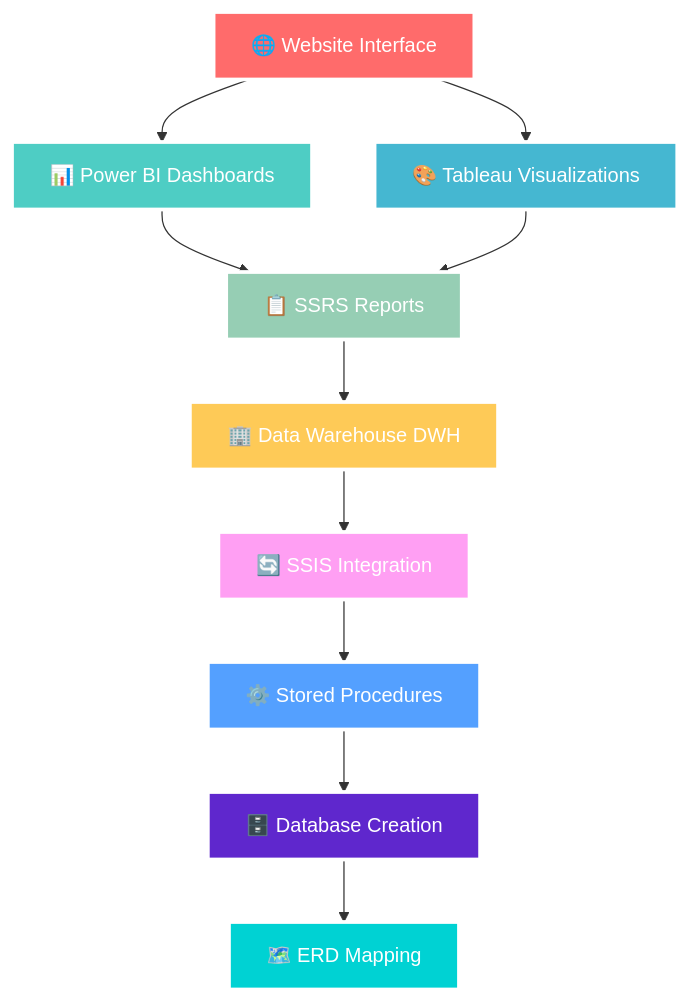
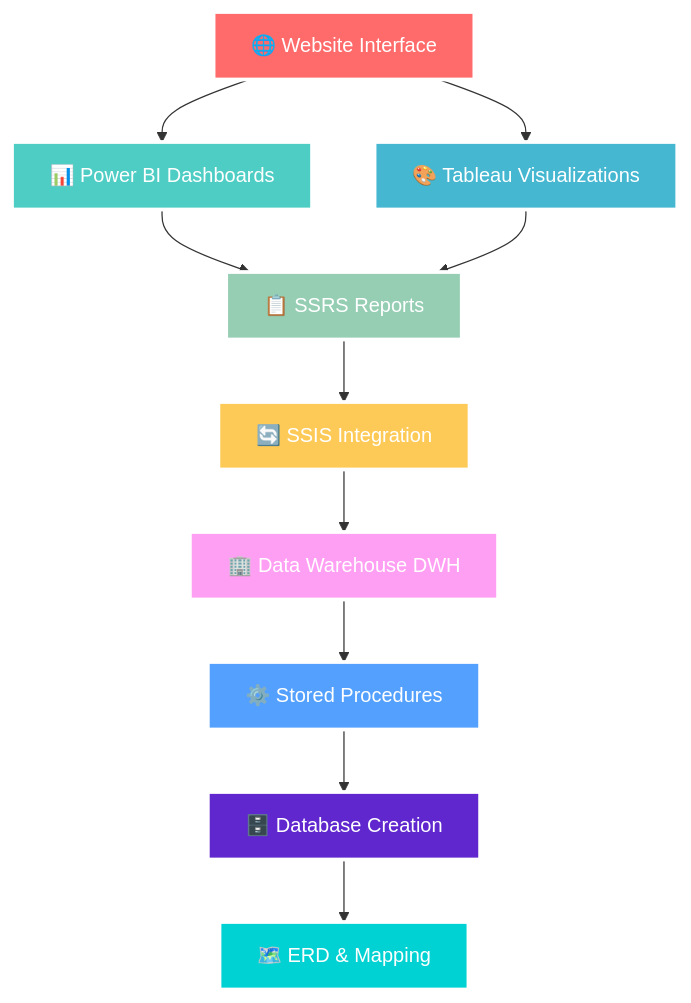
The diagram in README.md (Moataz-Elmesmary/ITI-Examination-System-Graduation-Project), drawn with Mermaid before and after one commit. The commit also changed other lines of this file, not shown here.

````diff
--- a/README.md
+++ b/README.md
@@ -48,22 +48,22 @@
 ```mermaid
 graph TB
     A[🌐 Website Interface] --> B[📊 Power BI Dashboards]
     A --> C[🎨 Tableau Visualizations]
     B --> D[📋 SSRS Reports]
     C --> D
-    D --> E[🏢 Data Warehouse DWH]
-    E --> F[🔄 SSIS Integration]
+    D --> E[🔄 SSIS Integration]
+    E --> F[🏢 Data Warehouse DWH]
     F --> G[⚙️ Stored Procedures]
     G --> H[🗄️ Database Creation]
-    H --> I[🗺️ ERD Mapping]
+    H --> I[🗺️ ERD & Mapping]
     
     style A fill:#ff6b6b,stroke:#fff,stroke-width:3px,color:#fff
     style B fill:#4ecdc4,stroke:#fff,stroke-width:3px,color:#fff
     style C fill:#45b7d1,stroke:#fff,stroke-width:3px,color:#fff
     style D fill:#96ceb4,stroke:#fff,stroke-width:3px,color:#fff
     style E fill:#feca57,stroke:#fff,stroke-width:3px,color:#fff
     style F fill:#ff9ff3,stroke:#fff,stroke-width:3px,color:#fff
     style G fill:#54a0ff,stroke:#fff,stroke-width:3px,color:#fff
     style H fill:#5f27cd,stroke:#fff,stroke-width:3px,color:#fff
     style I fill:#00d2d3,stroke:#fff,stroke-width:3px,color:#fff
 ```
````
